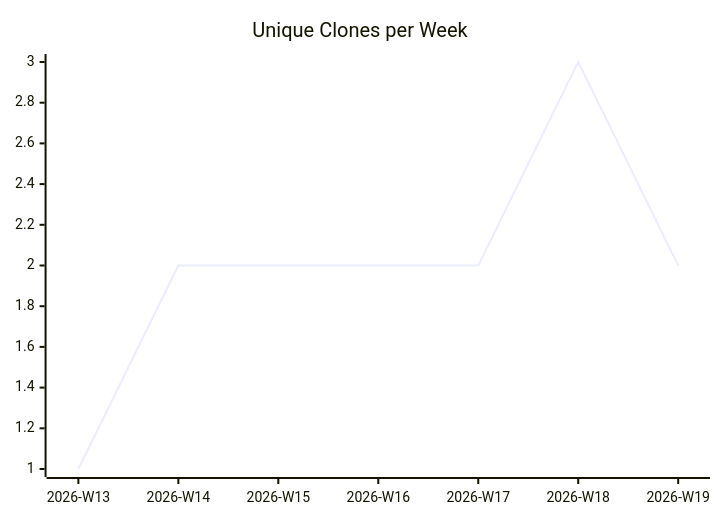
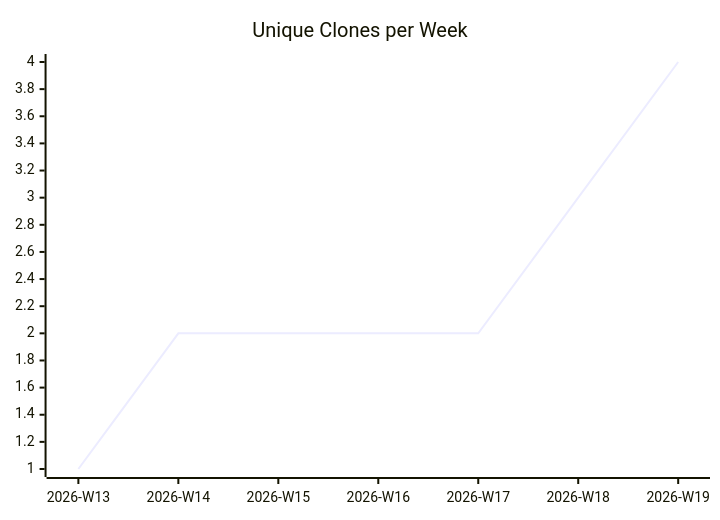
Before and after one commit to justdavis-family/github-analytics-data: the third of 3 diagrams in karlmdavis/hello-rust-actix/README.md, drawn with Mermaid. The commit also changed other lines of this file and 192 other files, not shown here.

````diff
--- a/karlmdavis/hello-rust-actix/README.md
+++ b/karlmdavis/hello-rust-actix/README.md
@@ -19,6 +19,6 @@
 ```mermaid
 xychart-beta
   title "Unique Clones per Week"
   x-axis ["2026-W13", "2026-W14", "2026-W15", "2026-W16", "2026-W17", "2026-W18", "2026-W19"]
-  line [1, 2, 2, 2, 2, 3, 2]
+  line [1, 2, 2, 2, 2, 3, 4]
 ```
````
